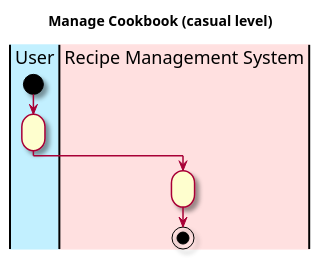
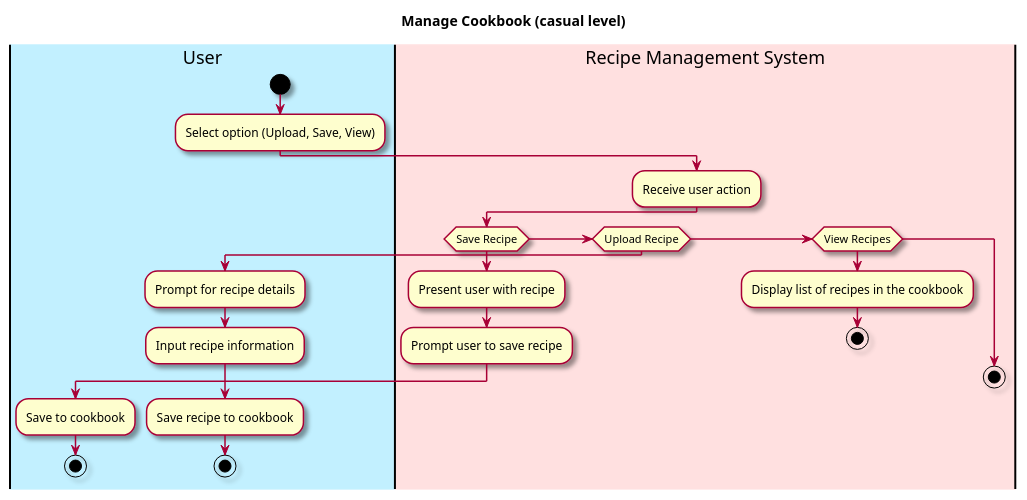
Before and after one commit to berthashipper/Pantry-Pal-Android-Application: the diagram in intellij/doc/use-cases/manage_cookbook.md, drawn with PlantUML. The commit also changed other lines of this file and 1 other file, not shown here.

Commit message:
Write manage cookbook use case

````diff
--- a/intellij/doc/use-cases/manage_cookbook.md
+++ b/intellij/doc/use-cases/manage_cookbook.md
@@ -29,21 +30,43 @@
 ```plantuml
 @startuml
 
 skin rose
 
 title Manage Cookbook (casual level)
 
 'define the lanes
 |#application|User|
 |#implementation|Recipe Management System|
 
 |User|
 start
-:;
+:Select option (Upload, Save, View);
 
 |Recipe Management System|
-:;
+:Receive user action;
+if (Save Recipe)
+|Recipe Management System|
+:Present user with recipe;
+:Prompt user to save recipe;
+|User|
+:Save to cookbook;
+stop
 
+
+elseif (Upload Recipe)
+:Prompt for recipe details;
+|User|
+:Input recipe information;
+:Save recipe to cookbook;
+stop
+
+elseif (View Recipes)
+|Recipe Management System|
+:Display list of recipes in the cookbook;
+stop
+
+
+else
 stop
 @enduml
 ```
````
